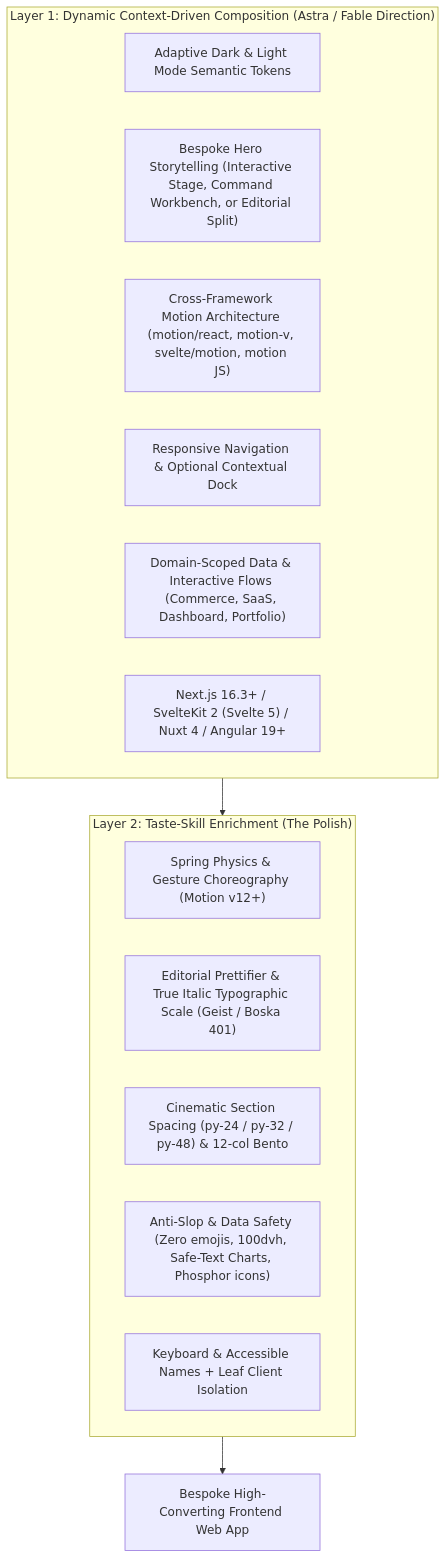
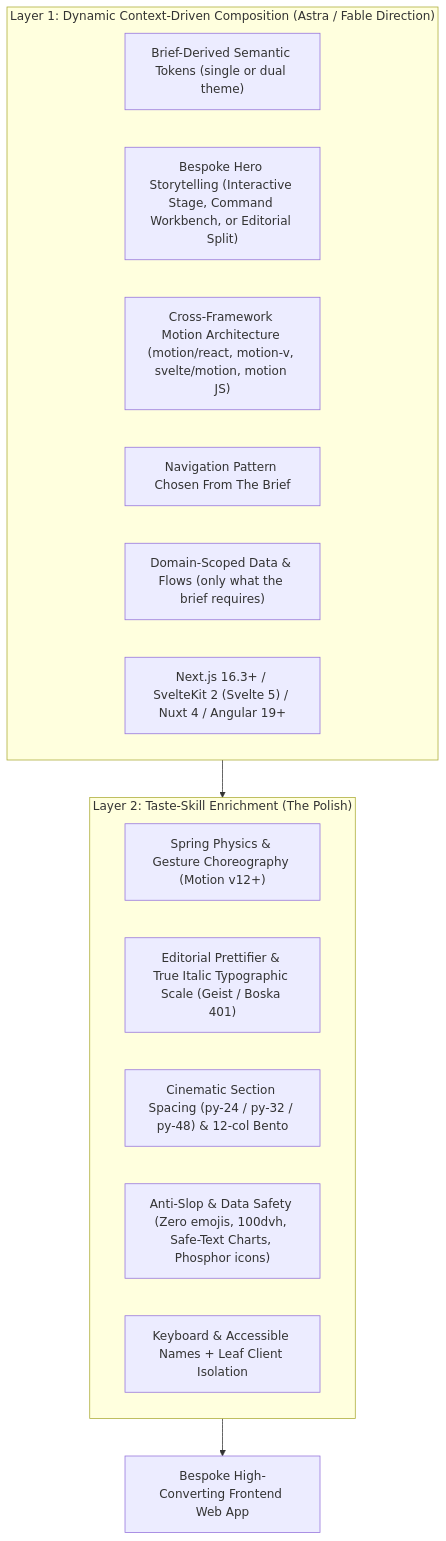
One commit to andycungkrinx91/konoha changed the diagram in src/templates/skills/jonin-skill/references/taste-skill-frontend-expert.md. Above: the diagram before and after it, drawn with Mermaid. The commit also changed other lines of this file and 184 other files, not shown here.

````diff
--- a/src/templates/skills/jonin-skill/references/taste-skill-frontend-expert.md
+++ b/src/templates/skills/jonin-skill/references/taste-skill-frontend-expert.md
@@ -12,22 +11,22 @@
 ```mermaid
 flowchart TD
     subgraph Layer1 ["Layer 1: Dynamic Context-Driven Composition (Astra / Fable Direction)"]
-        K1["Adaptive Dark & Light Mode Semantic Tokens"]
+        K1["Brief-Derived Semantic Tokens (single or dual theme)"]
         K2["Bespoke Hero Storytelling (Interactive Stage, Command Workbench, or Editorial Split)"]
         K3["Cross-Framework Motion Architecture (motion/react, motion-v, svelte/motion, motion JS)"]
-        K4["Responsive Navigation & Optional Contextual Dock"]
-        K5["Domain-Scoped Data & Interactive Flows (Commerce, SaaS, Dashboard, Portfolio)"]
+        K4["Navigation Pattern Chosen From The Brief"]
+        K5["Domain-Scoped Data & Flows (only what the brief requires)"]
         K6["Next.js 16.3+ / SvelteKit 2 (Svelte 5) / Nuxt 4 / Angular 19+"]
     end
 
     subgraph Layer2 ["Layer 2: Taste-Skill Enrichment (The Polish)"]
         T1["Spring Physics & Gesture Choreography (Motion v12+)"]
         T2["Editorial Prettifier & True Italic Typographic Scale (Geist / Boska 401)"]
         T3["Cinematic Section Spacing (py-24 / py-32 / py-48) & 12-col Bento"]
         T4["Anti-Slop & Data Safety (Zero emojis, 100dvh, Safe-Text Charts, Phosphor icons)"]
         T5["Keyboard & Accessible Names + Leaf Client Isolation"]
     end
 
     Layer1 --> Layer2
     Layer2 --> ProductionUI["Bespoke High-Converting Frontend Web App"]
 ```
````
